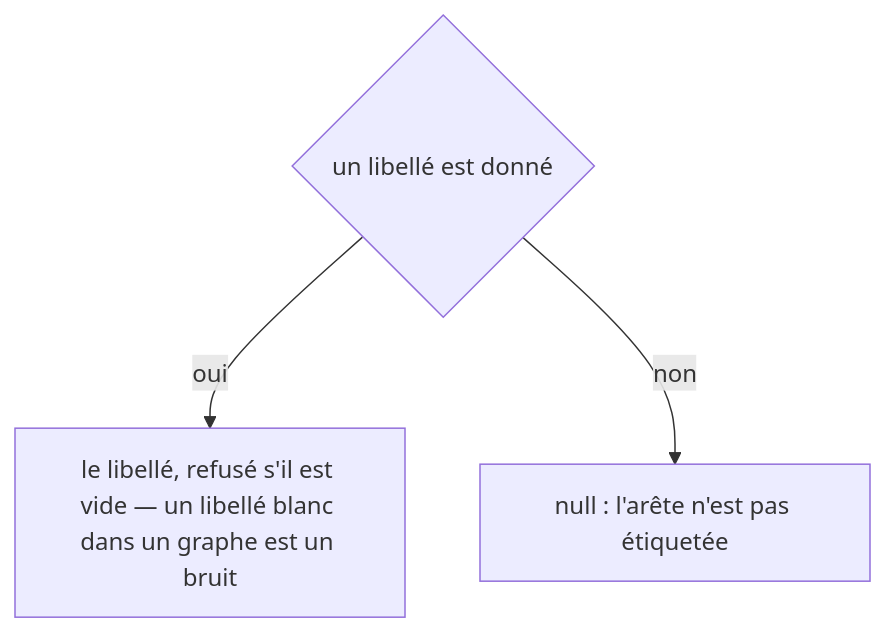
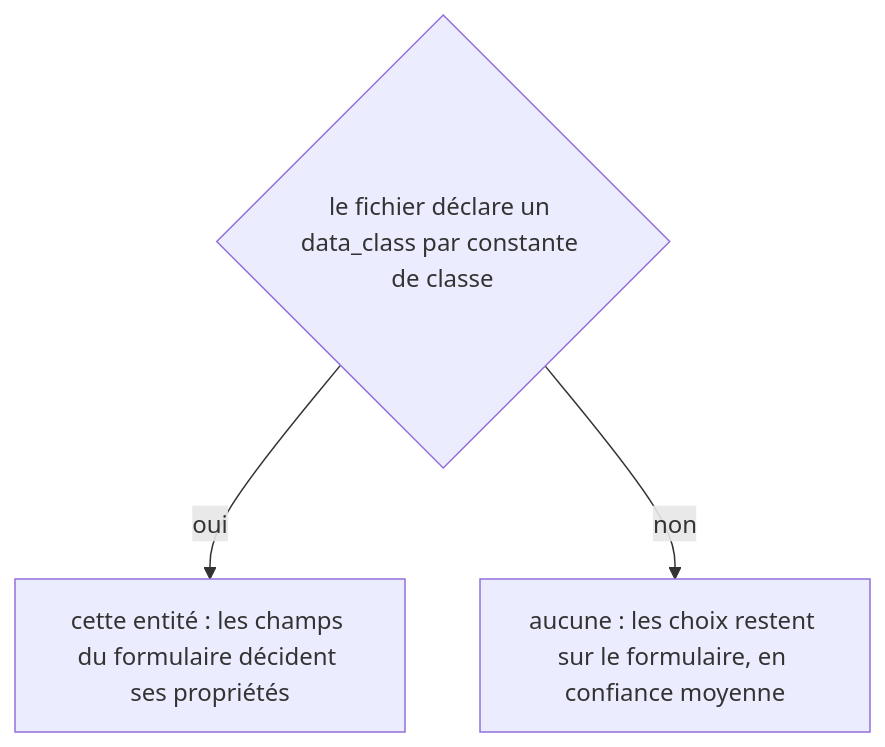
One commit to jul6art/devtools changed the ninth of 9 diagrams in docs/workflows/commands/workflows.check.md. Above: the diagram before and after it, drawn with Mermaid. The commit also changed other lines of this file and 98 other files, not shown here.

````diff
--- a/docs/workflows/commands/workflows.check.md
+++ b/docs/workflows/commands/workflows.check.md
@@ -120,6 +116,6 @@
 ```mermaid
 flowchart TD
-  d1{"un libellé est donné"}
-  d1 -->|oui| v1["le libellé, refusé s'il est vide — un libellé blanc dans un graphe est un bruit"]
-  d1 -->|non| v2["null : l'arête n'est pas étiquetée"]
+  d1{"le fichier déclare un data_class par constante de classe"}
+  d1 -->|oui| v1["cette entité : les champs du formulaire décident ses propriétés"]
+  d1 -->|non| v2["aucune : les choix restent sur le formulaire, en confiance moyenne"]
 ```
````
